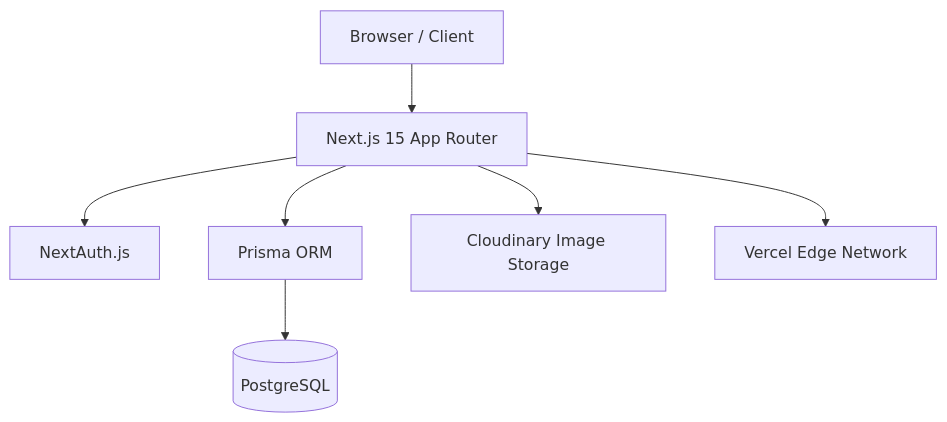
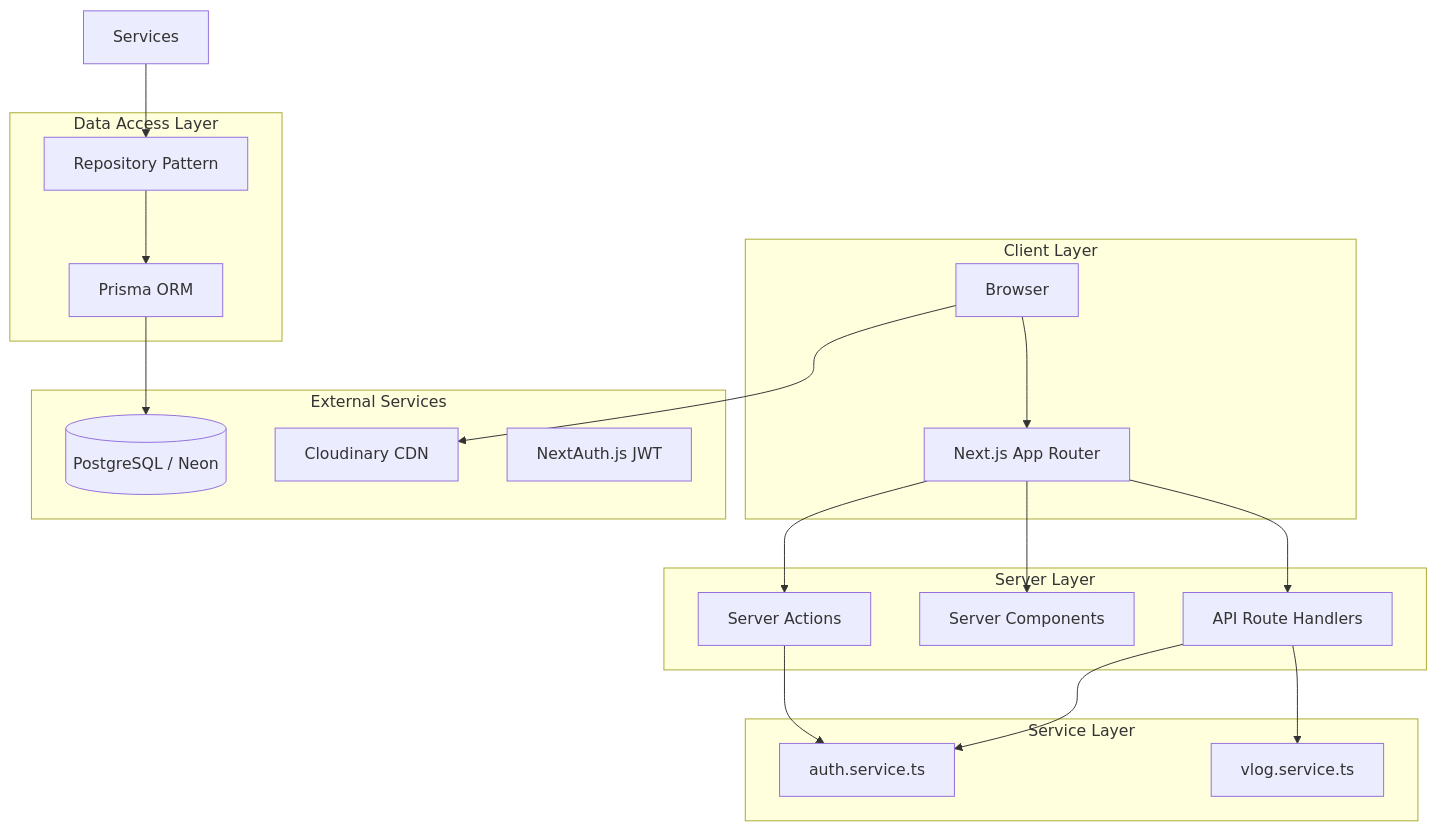
Before and after one commit to Sahas2711/Snapora: the first of 11 diagrams in docs/Architecture.md, drawn with Mermaid. The commit also changed other lines of this file and 14 other files, not shown here.

````diff
--- a/docs/Architecture.md
+++ b/docs/Architecture.md
@@ -7,9 +29,41 @@
 ```mermaid
-graph TD
-    Browser[Browser / Client] --> NextJS[Next.js 15 App Router]
-    NextJS --> Auth[NextAuth.js]
-    NextJS --> Prisma[Prisma ORM]
-    Prisma --> DB[(PostgreSQL)]
-    NextJS --> Cloudinary[Cloudinary Image Storage]
-    NextJS --> Vercel[Vercel Edge Network]
+graph TB
+    subgraph "Client Layer"
+        Browser[Browser]
+        AppRouter[Next.js App Router]
+    end
+    
+    subgraph "Server Layer"
+        API[API Route Handlers]
+        Pages[Server Components]
+        Actions[Server Actions]
+    end
+    
+    subgraph "Service Layer"
+        AuthService[auth.service.ts]
+        VlogService[vlog.service.ts]
+    end
+    
+    subgraph "Data Access Layer"
+        Repositories[Repository Pattern]
+        PrismaORM[Prisma ORM]
+    end
+    
+    subgraph "External Services"
+        DB[(PostgreSQL / Neon)]
+        Cloudinary[Cloudinary CDN]
+        NextAuth[NextAuth.js JWT]
+    end
+    
+    Browser --> AppRouter
+    AppRouter --> Pages
+    AppRouter --> API
+    AppRouter --> Actions
+    API --> AuthService
+    API --> VlogService
+    Services --> Repositories
+    Repositories --> PrismaORM
+    PrismaORM --> DB
+    Actions --> AuthService
+    Browser --> Cloudinary
 ```
````
